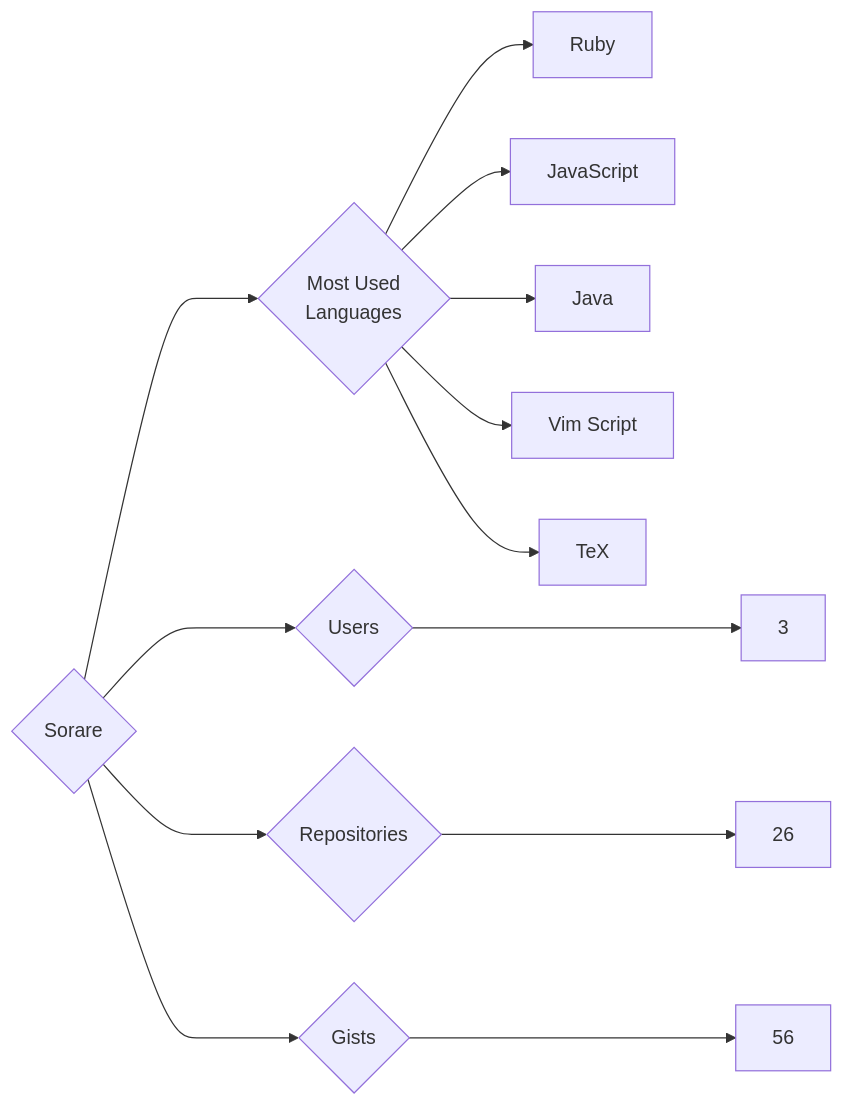
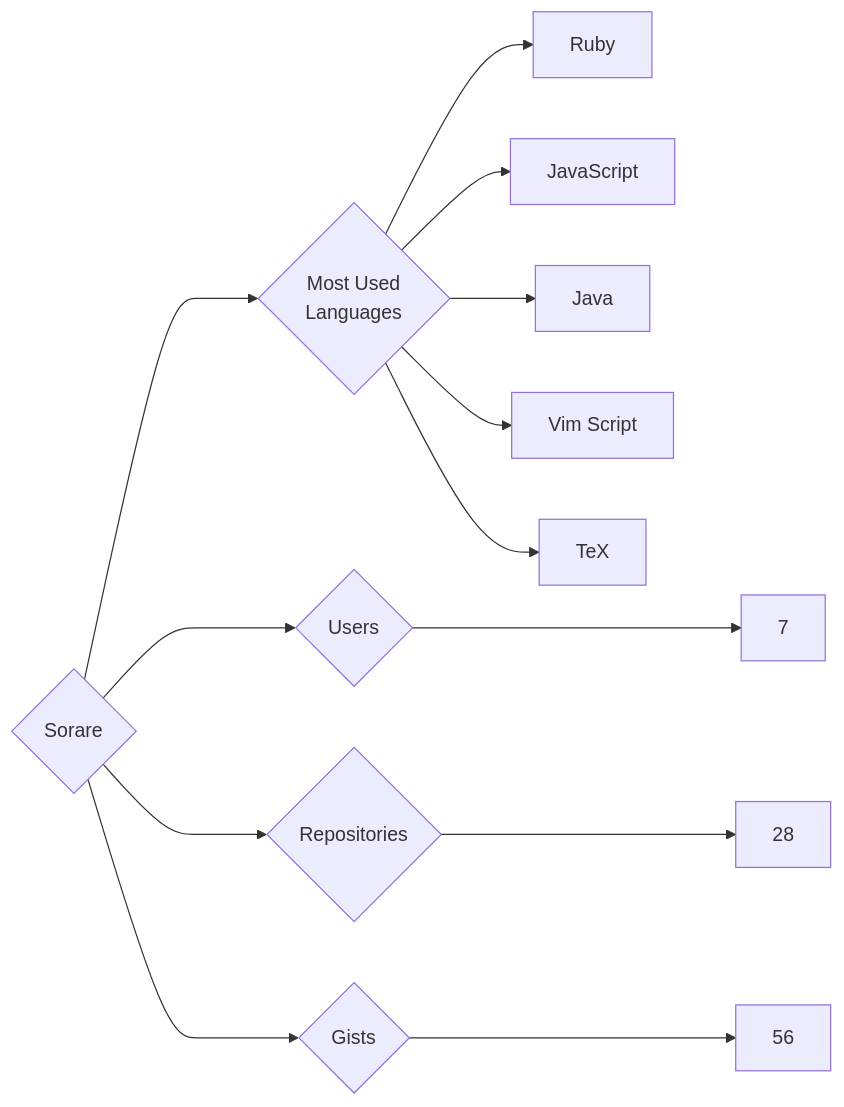
Before and after one commit to trickest/insiders: the diagram in targets/Sorare/README.md, drawn with Mermaid. The commit also changed 1389 other files, not shown here.

````diff
--- a/targets/Sorare/README.md
+++ b/targets/Sorare/README.md
@@ -3,13 +3,13 @@
 ```mermaid
 graph LR
 COMPANY_NAME{Sorare}
-COMPANY_NAME ---> U{Users} ---> UN[3]
-COMPANY_NAME ---> R{Repositories} ---> RN[26]
+COMPANY_NAME ---> U{Users} ---> UN[7]
+COMPANY_NAME ---> R{Repositories} ---> RN[28]
 COMPANY_NAME ---> G{Gists} ---> GN[56]
 COMPANY_NAME ---> ML{Most Used<br>Languages}
 ML --> Ruby[Ruby]
 ML --> JavaScript[JavaScript]
 ML --> Java[Java]
 ML --> Vim_Script[Vim Script]
 ML --> TeX[TeX]
 ```
````
